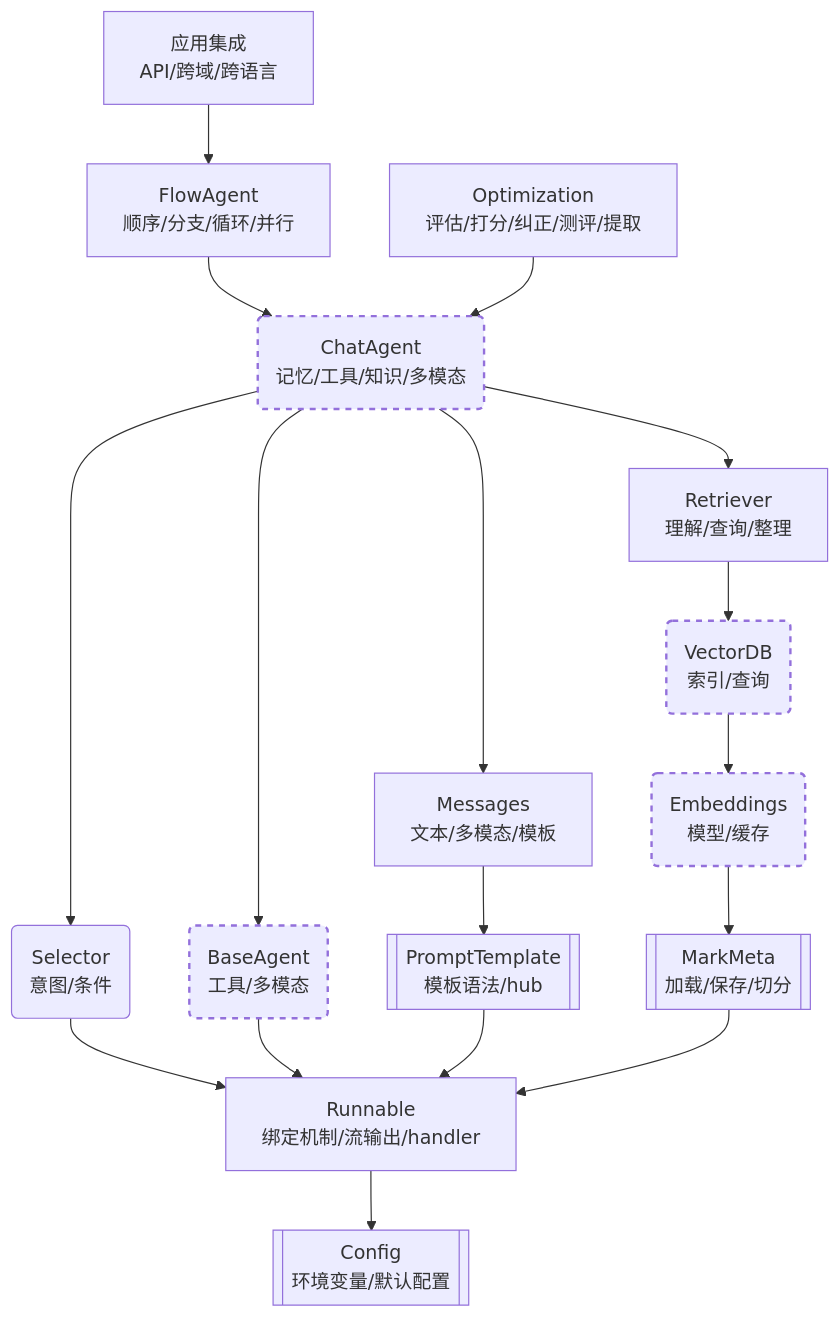
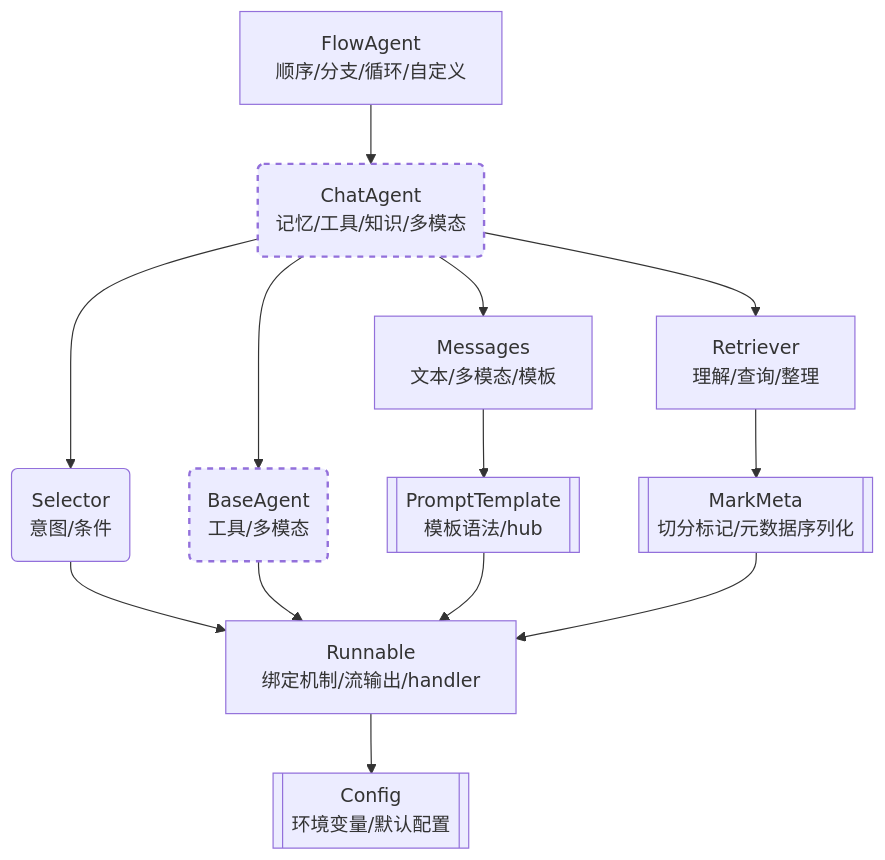
One commit to arcstep/illufly changed the diagram in notes/index.md. Above: the diagram before and after it, drawn with Mermaid. The commit also changed other lines of this file and 13 other files, not shown here.

````diff
--- a/notes/index.md
+++ b/notes/index.md
@@ -5,33 +77,26 @@
 ```mermaid
 graph TD
     Config[[Config<br>环境变量/默认配置]]
     Runnable[Runnable<br>绑定机制/流输出/handler]
 
-    Application[应用集成<br>API/跨域/跨语言]
-    Optimization[Optimization<br>评估/打分/纠正/测评/提取]
-    Flow[FlowAgent<br>顺序/分支/循环/并行]
+    Flow[FlowAgent<br>顺序/分支/循环/自定义]
 
     Agent(ChatAgent<br>记忆/工具/知识/多模态)
     Selector(Selector<br>意图/条件)
     BaseAgent(BaseAgent<br>工具/多模态)
     Messages[Messages<br>文本/多模态/模板]
     PromptTemplate[[PromptTemplate<br>模板语法/hub]]
 
-    MarkMeta[[MarkMeta<br>加载/保存/切分]]
-    VectorDB(VectorDB<br>索引/查询)
-    Emb(Embeddings<br>模型/缓存)
+    MarkMeta[[MarkMeta<br>切分标记/元数据序列化]]
     Retriever[Retriever<br>理解/查询/整理]
 
-    Application --> Flow --> Agent
-    Optimization --> Agent
+    Flow --> Agent
     Agent --> Selector --> Runnable --> Config
     Agent --> BaseAgent --> Runnable
     Agent --> Messages -->  PromptTemplate --> Runnable
-    Agent --> Retriever --> VectorDB --> Emb --> MarkMeta --> Runnable
+    Agent --> Retriever --> MarkMeta --> Runnable
 
     style Agent stroke-width:2px,stroke-dasharray:5 5
     style BaseAgent stroke-width:2px,stroke-dasharray:5 5
-    style VectorDB stroke-width:2px,stroke-dasharray:5 5
-    style Emb stroke-width:2px,stroke-dasharray:5 5
 
 ```
````
